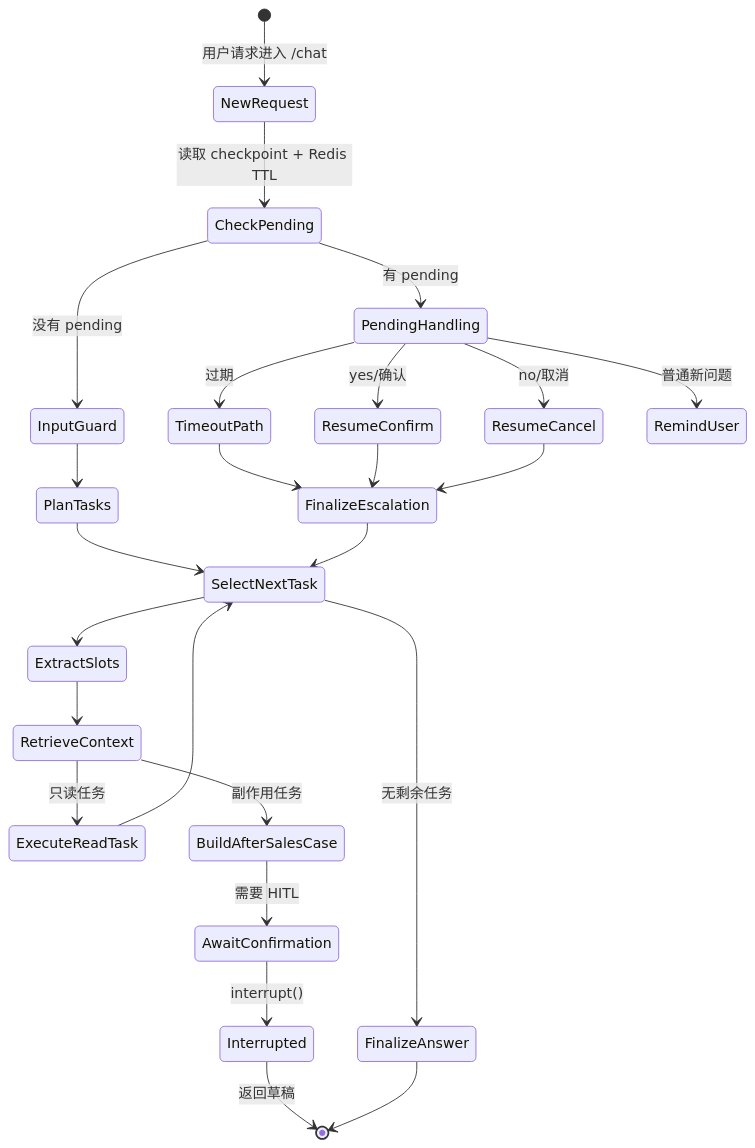
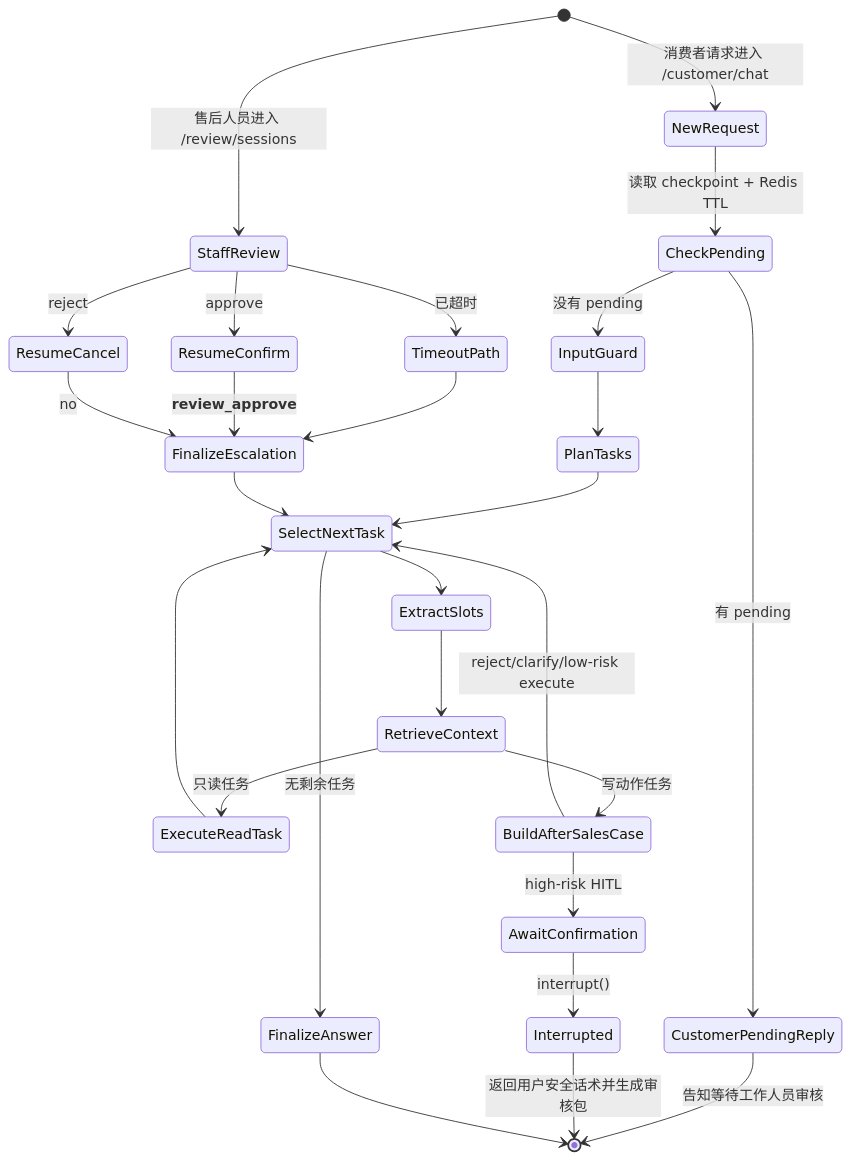
One commit to bigfish-emily/commerce-support-agent changed the fourth of 6 diagrams in docs/ARCHITECTURE_DIAGRAMS.md. Above: the diagram before and after it, drawn with Mermaid. The commit also changed other lines of this file and 49 other files, not shown here.

Commit message:
refine self-service support agent flow

````diff
--- a/docs/ARCHITECTURE_DIAGRAMS.md
+++ b/docs/ARCHITECTURE_DIAGRAMS.md
@@ -110,27 +111,31 @@
 ```mermaid
 stateDiagram-v2
-    [*] --> NewRequest: 用户请求进入 /chat
+    [*] --> NewRequest: 消费者请求进入 /customer/chat
     NewRequest --> CheckPending: 读取 checkpoint + Redis TTL
     CheckPending --> InputGuard: 没有 pending
-    CheckPending --> PendingHandling: 有 pending
-    PendingHandling --> TimeoutPath: 过期
-    PendingHandling --> ResumeConfirm: yes/确认
-    PendingHandling --> ResumeCancel: no/取消
-    PendingHandling --> RemindUser: 普通新问题
+    CheckPending --> CustomerPendingReply: 有 pending
+    CustomerPendingReply --> [*]: 告知等待工作人员审核
+
+    [*] --> StaffReview: 售后人员进入 /review/sessions
+    StaffReview --> TimeoutPath: 已超时
+    StaffReview --> ResumeConfirm: approve
+    StaffReview --> ResumeCancel: reject
+
     InputGuard --> PlanTasks
     PlanTasks --> SelectNextTask
     SelectNextTask --> ExtractSlots
     ExtractSlots --> RetrieveContext
     RetrieveContext --> ExecuteReadTask: 只读任务
     ExecuteReadTask --> SelectNextTask
-    RetrieveContext --> BuildAfterSalesCase: 副作用任务
-    BuildAfterSalesCase --> AwaitConfirmation: 需要 HITL
+    RetrieveContext --> BuildAfterSalesCase: 写动作任务
+    BuildAfterSalesCase --> SelectNextTask: reject/clarify/low-risk execute
+    BuildAfterSalesCase --> AwaitConfirmation: high-risk HITL
     AwaitConfirmation --> Interrupted: interrupt()
-    Interrupted --> [*]: 返回草稿
+    Interrupted --> [*]: 返回用户安全话术并生成审核包
     TimeoutPath --> FinalizeEscalation
-    ResumeConfirm --> FinalizeEscalation
-    ResumeCancel --> FinalizeEscalation
+    ResumeConfirm --> FinalizeEscalation: __review_approve__
+    ResumeCancel --> FinalizeEscalation: no
     FinalizeEscalation --> SelectNextTask
     SelectNextTask --> FinalizeAnswer: 无剩余任务
     FinalizeAnswer --> [*]
 ```
````
